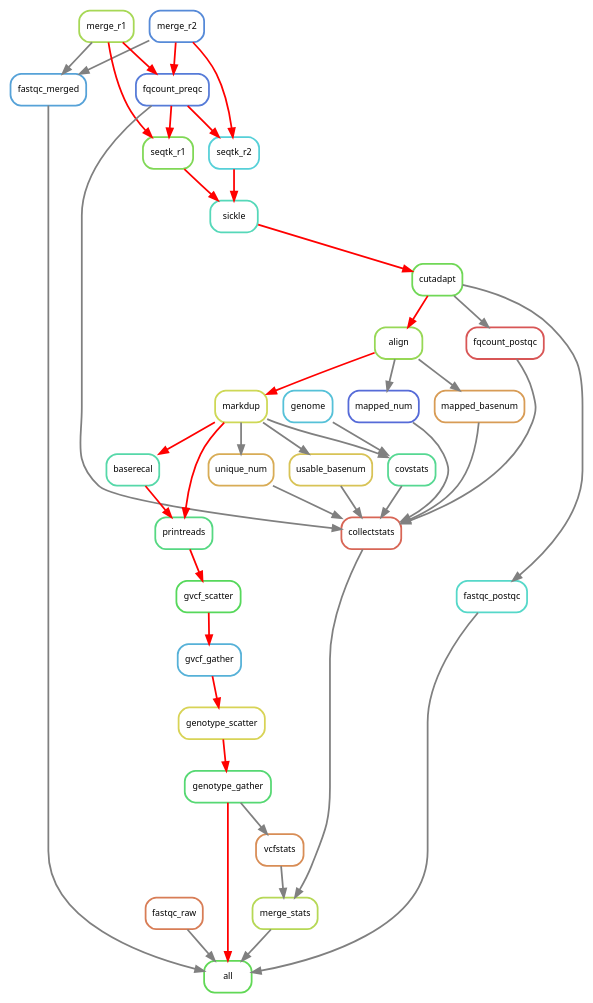
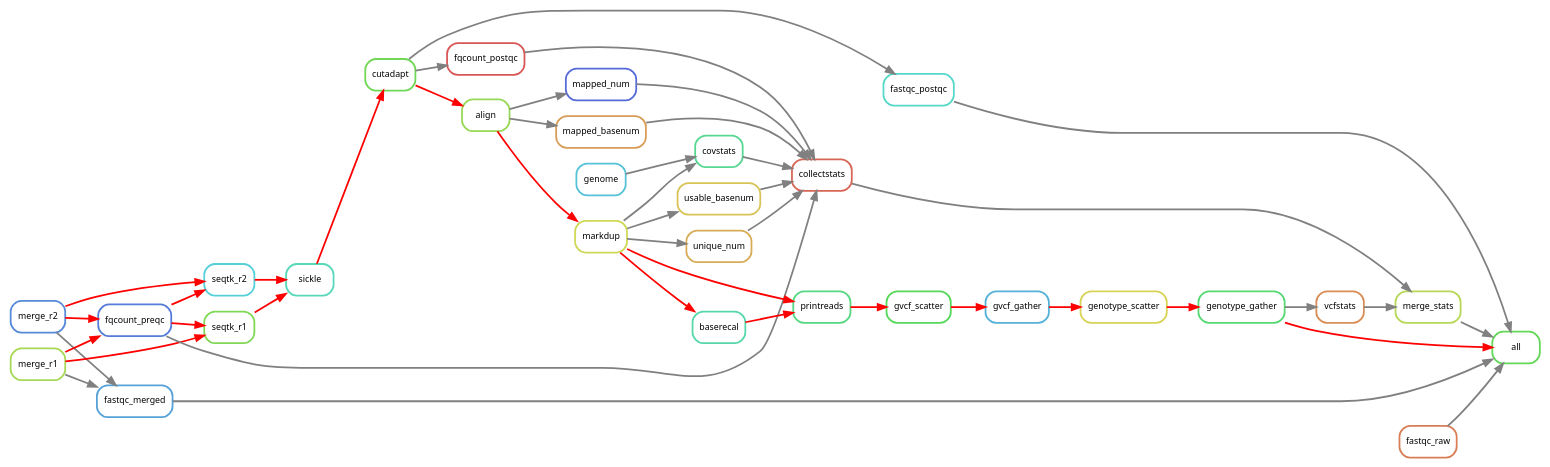
The diagram in README.md (LUMC/hutspot), drawn with PlantUML before and after one commit.

Commit message:
horizontal graph

````diff
--- a/README.md
+++ b/README.md
@@ -6,79 +6,80 @@
 ```plantuml
 digraph snakemake_dag {
     graph[bgcolor=white, margin=0];
+    rankdir=LR;
     node[shape=box, style=rounded, fontname=sans,                 fontsize=10, penwidth=2];
     edge[penwidth=2, color=grey];
 	0[label = "all", color = "0.32 0.6 0.85", style="rounded"];
 	1[label = "fastqc_postqc", color = "0.48 0.6 0.85", style="rounded"];
 	2[label = "fastqc_raw", color = "0.05 0.6 0.85", style="rounded"];
 	3[label = "fastqc_merged", color = "0.57 0.6 0.85", style="rounded"];
 	4[label = "merge_stats", color = "0.21 0.6 0.85", style="rounded"];
 	5[label = "genotype_gather", color = "0.37 0.6 0.85", style="rounded"];
 	6[label = "cutadapt", color = "0.30 0.6 0.85", style="rounded"];
 	7[label = "merge_r2", color = "0.60 0.6 0.85", style="rounded"];
 	8[label = "merge_r1", color = "0.23 0.6 0.85", style="rounded"];
 	9[label = "collectstats", color = "0.02 0.6 0.85", style="rounded"];
 	10[label = "vcfstats", color = "0.07 0.6 0.85", style="rounded"];
 	11[label = "genotype_scatter", color = "0.16 0.6 0.85", style="rounded"];
 	12[label = "sickle", color = "0.46 0.6 0.85", style="rounded"];
 	13[label = "mapped_num", color = "0.64 0.6 0.85", style="rounded"];
 	14[label = "fqcount_postqc", color = "0.00 0.6 0.85", style="rounded"];
 	15[label = "unique_num", color = "0.11 0.6 0.85", style="rounded"];
 	16[label = "covstats", color = "0.41 0.6 0.85", style="rounded"];
 	17[label = "fqcount_preqc", color = "0.62 0.6 0.85", style="rounded"];
 	18[label = "usable_basenum", color = "0.14 0.6 0.85", style="rounded"];
 	19[label = "mapped_basenum", color = "0.09 0.6 0.85", style="rounded"];
 	20[label = "gvcf_gather", color = "0.55 0.6 0.85", style="rounded"];
 	21[label = "seqtk_r2", color = "0.51 0.6 0.85", style="rounded"];
 	22[label = "seqtk_r1", color = "0.28 0.6 0.85", style="rounded"];
 	23[label = "align", color = "0.25 0.6 0.85", style="rounded"];
 	24[label = "markdup", color = "0.18 0.6 0.85", style="rounded"];
 	25[label = "genome", color = "0.53 0.6 0.85", style="rounded"];
 	26[label = "gvcf_scatter", color = "0.34 0.6 0.85", style="rounded"];
 	27[label = "printreads", color = "0.39 0.6 0.85", style="rounded"];
 	28[label = "baserecal", color = "0.44 0.6 0.85", style="rounded"];
 	4 -> 0
 	2 -> 0
 	1 -> 0
 	5 -> 0 [color="red"]
 	3 -> 0
 	6 -> 1
 	8 -> 3
 	7 -> 3
 	10 -> 4
 	9 -> 4
 	11 -> 5 [color="red"]
 	12 -> 6 [color="red"]
 	14 -> 9
 	19 -> 9
 	18 -> 9
 	16 -> 9
 	15 -> 9
 	17 -> 9
 	13 -> 9
 	5 -> 10
 	20 -> 11 [color="red"]
 	22 -> 12 [color="red"]
 	21 -> 12 [color="red"]
 	23 -> 13
 	6 -> 14
 	24 -> 15
 	24 -> 16
 	25 -> 16
 	8 -> 17 [color="red"]
 	7 -> 17 [color="red"]
 	24 -> 18
 	23 -> 19
 	26 -> 20 [color="red"]
 	17 -> 21 [color="red"]
 	7 -> 21 [color="red"]
 	17 -> 22 [color="red"]
 	8 -> 22 [color="red"]
 	6 -> 23 [color="red"]
 	23 -> 24 [color="red"]
 	27 -> 26 [color="red"]
 	24 -> 27 [color="red"]
 	28 -> 27 [color="red"]
 	24 -> 28 [color="red"]
 }  
 ```
````
